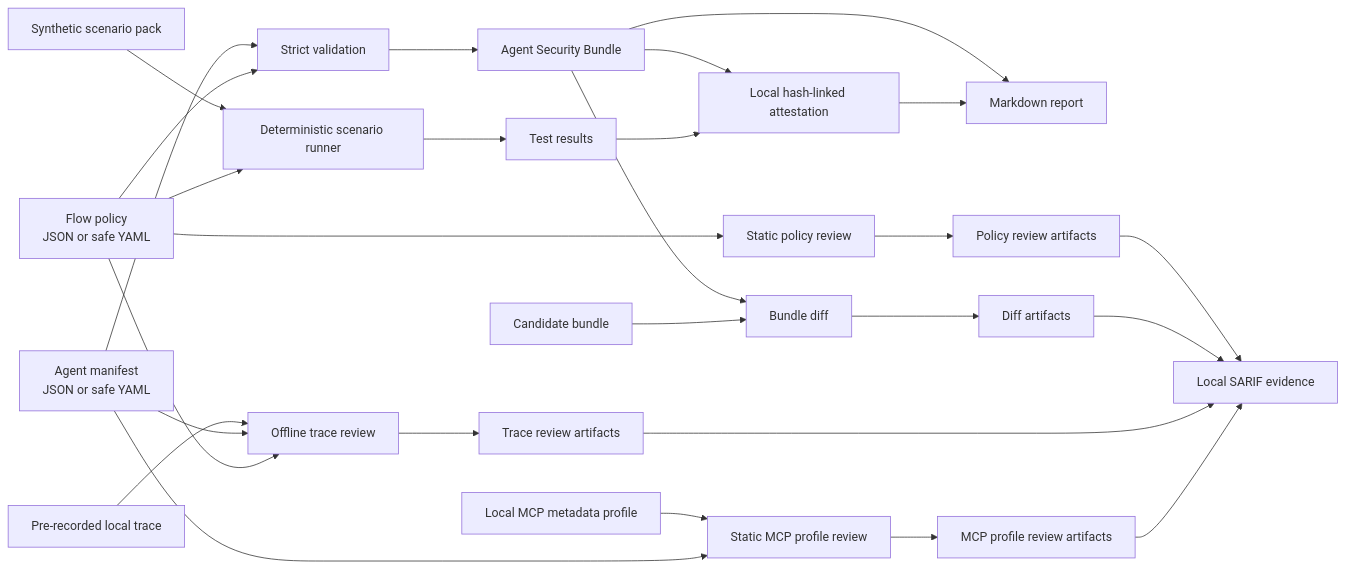
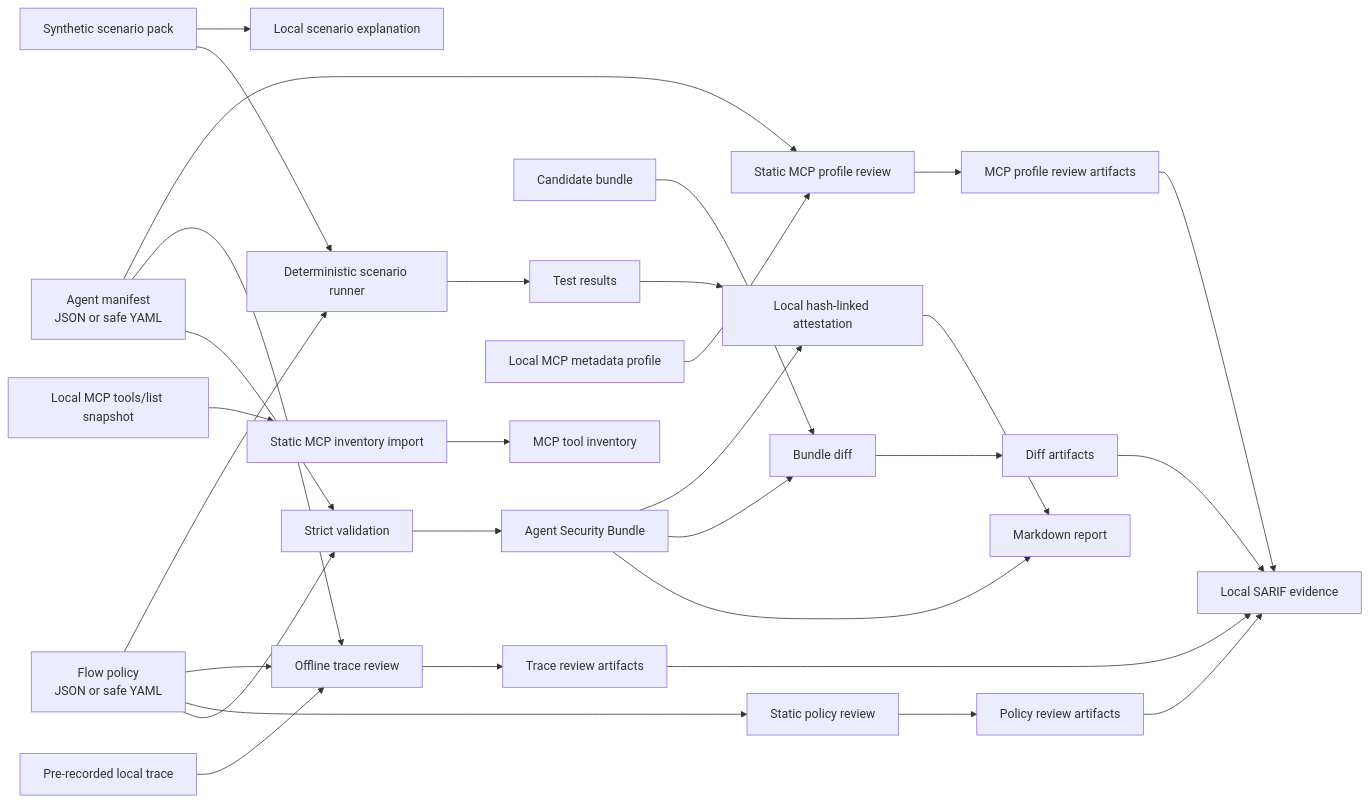
Before and after one commit to MohammadThabetHassan/trustweave: the diagram in docs/ARCHITECTURE.md, drawn with Mermaid. The commit also changed other lines of this file and 22 other files, not shown here.

````diff
--- a/docs/ARCHITECTURE.md
+++ b/docs/ARCHITECTURE.md
@@ -9,29 +9,32 @@
 ```mermaid
 flowchart LR
     M[Agent manifest\nJSON or safe YAML] --> V[Strict validation]
     P[Flow policy\nJSON or safe YAML] --> V
     V --> B[Agent Security Bundle]
     B --> R[Markdown report]
     P --> PR[Static policy review]
     PR --> PRR[Policy review artifacts]
     B --> D[Bundle diff]
     B2[Candidate bundle] --> D
     D --> DR[Diff artifacts]
     L[Pre-recorded local trace] --> TV[Offline trace review]
     M --> TV
     P --> TV
     TV --> TO[Trace review artifacts]
+    ML[Local MCP tools/list snapshot] --> MI[Static MCP inventory import]
     MP[Local MCP metadata profile] --> MC[Static MCP profile review]
     M --> MC
     MC --> MO[MCP profile review artifacts]
+    MI --> MIO[MCP tool inventory]
     PRR --> SR[Local SARIF evidence]
     DR --> SR
     TO --> SR
     MO --> SR
     S[Synthetic scenario pack] --> T[Deterministic scenario runner]
+    S --> EX[Local scenario explanation]
     P --> T
     T --> TS[Test results]
     B --> A[Local hash-linked attestation]
     TS --> A
     A --> R
 ```
````
